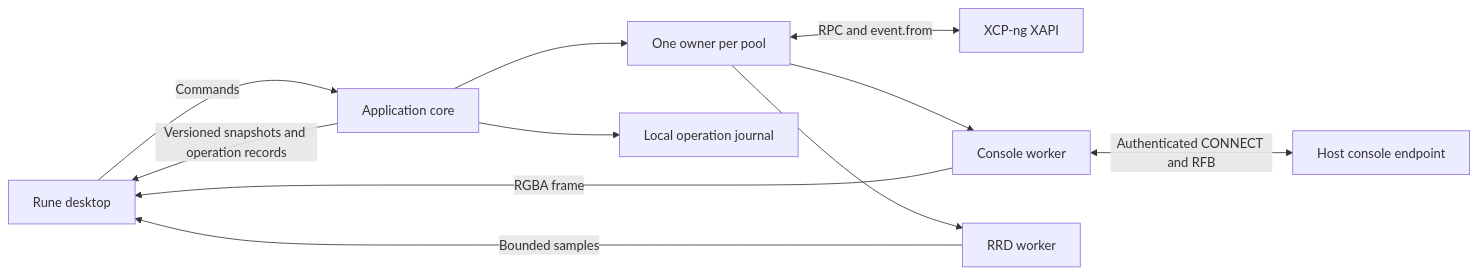
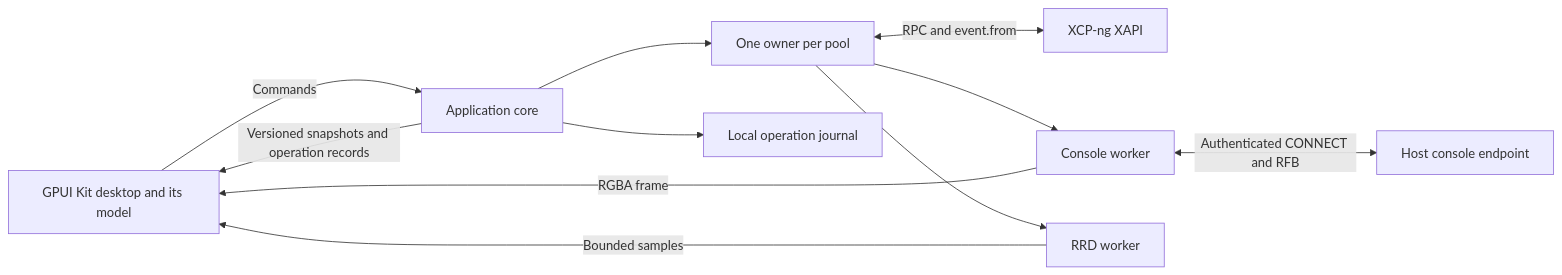
The diagram in docs/ARCHITECTURE.md (z23/xenadmin-rs), drawn with Mermaid before and after one commit. The commit also changed other lines of this file and 2 other files, not shown here.

Commit message:
Documents after the cutover: ARCHITECTURE, SOURCES (the reviewed Kit and GPUI versions), VERIFICATION

````diff
--- a/docs/ARCHITECTURE.md
+++ b/docs/ARCHITECTURE.md
@@ -47,13 +54,13 @@
 ```mermaid
 flowchart LR
-    Desktop[Rune desktop] -->|Commands| Core[Application core]
+    Desktop[GPUI Kit desktop and its model] -->|Commands| Core[Application core]
     Core -->|Versioned snapshots and operation records| Desktop
     Core --> Pool[One owner per pool]
     Pool <-->|RPC and event.from| XAPI[XCP-ng XAPI]
     Pool --> Console[Console worker]
     Console <-->|Authenticated CONNECT and RFB| Host[Host console endpoint]
     Console -->|RGBA frame| Desktop
     Pool --> Metrics[RRD worker]
     Metrics -->|Bounded samples| Desktop
     Core --> Journal[Local operation journal]
 ```
````
